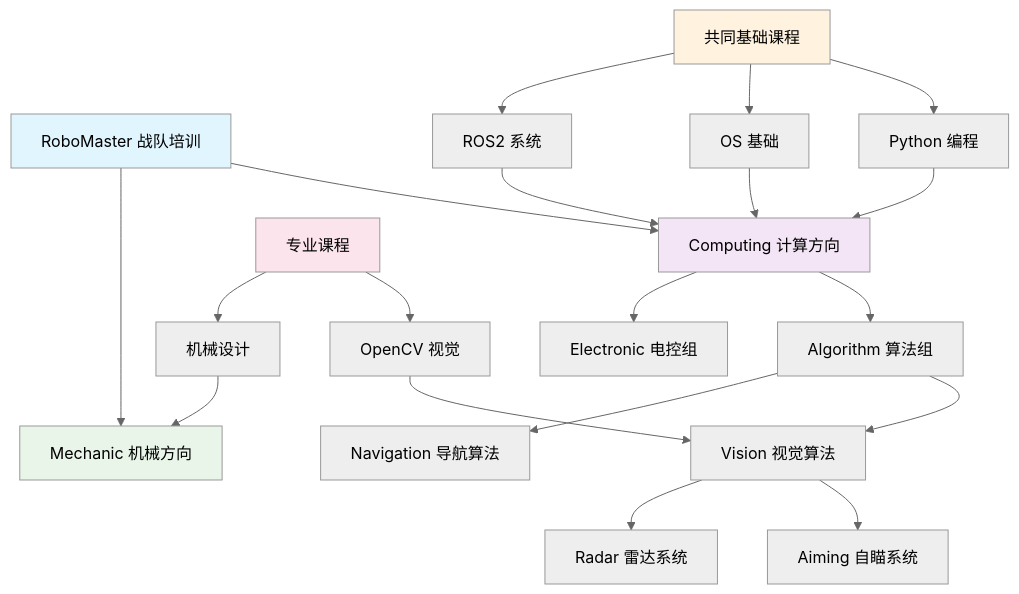
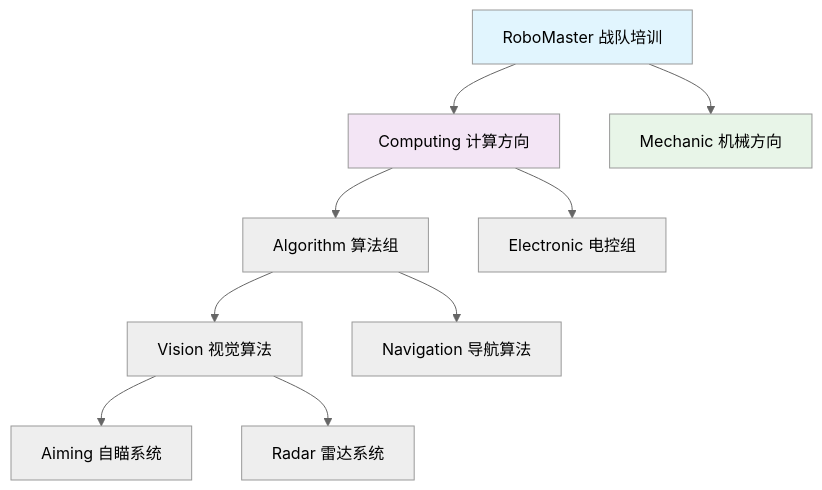
The diagram in README.md (unnc-aim/aim-rookie-courses), drawn with Mermaid (neutral theme) before and after one commit. The commit also changed other lines of this file, not shown here.

Commit message:
fix: route tree view

````diff
--- a/README.md
+++ b/README.md
@@ -30,34 +30,18 @@
 ```mermaid
 graph TD
     A[RoboMaster 战队培训] --> B[Computing 计算方向]
     A --> C[Mechanic 机械方向]
 
     B --> D[Algorithm 算法组]
     B --> E[Electronic 电控组]
 
     D --> F[Vision 视觉算法]
     D --> G[Navigation 导航算法]
 
     F --> H[Aiming 自瞄系统]
     F --> I[Radar 雷达系统]
 
-    J[共同基础课程] --> K[Python 编程]
-    J --> L[OS 基础]
-    J --> M[ROS2 系统]
-
-    K --> B
-    L --> B
-    M --> B
-
-    N[专业课程] --> O[OpenCV 视觉]
-    N --> P[机械设计]
-
-    O --> F
-    P --> C
-
     style A fill:#e1f5fe
     style B fill:#f3e5f5
     style C fill:#e8f5e8
-    style J fill:#fff3e0
-    style N fill:#fce4ec
 ```
````
